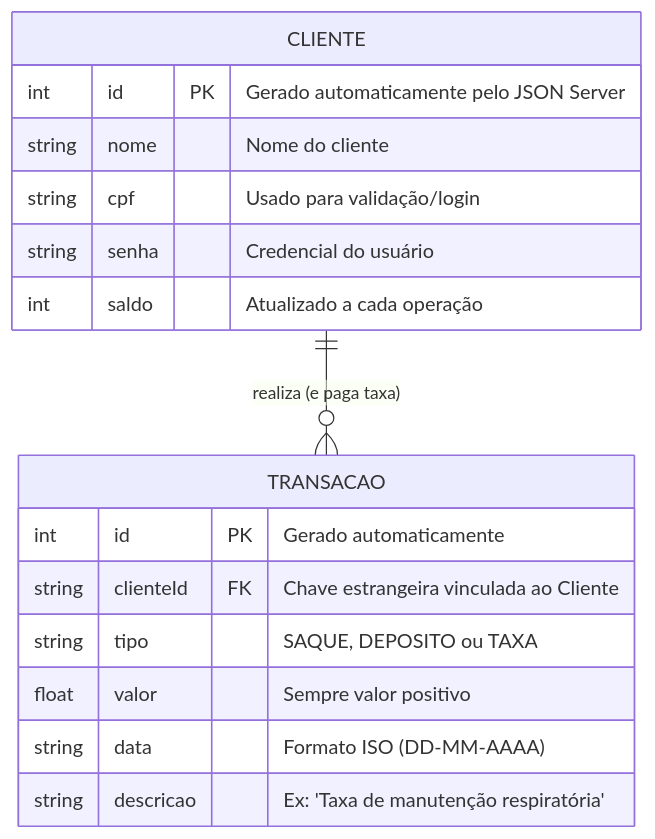
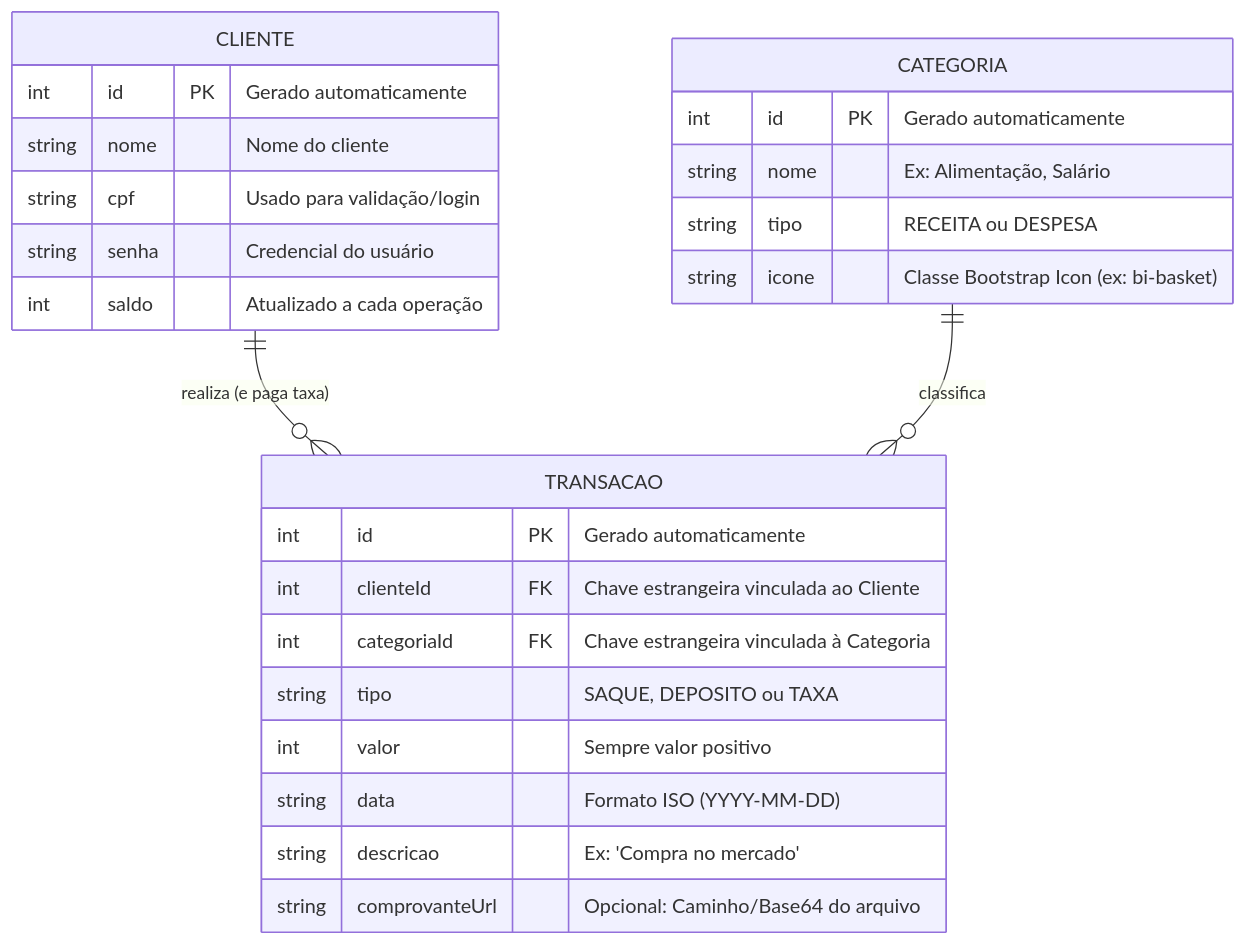
One commit to flpiensen/sobrou-quanto changed the second of 2 diagrams in docs/architecture.md. Above: the diagram before and after it, drawn with Mermaid. The commit also changed other lines of this file, not shown here.

First line of the commit message:
Enhance architecture documentation with SPA and categories

````diff
--- a/docs/architecture.md
+++ b/docs/architecture.md
@@ -28,19 +35,31 @@
 ```mermaid
 erDiagram
     CLIENTE ||--o{ TRANSACAO : "realiza (e paga taxa)"
+    CATEGORIA ||--o{ TRANSACAO : "classifica"
+
     CLIENTE {
-        int id PK "Gerado automaticamente pelo JSON Server"
+        int id PK "Gerado automaticamente"
         string nome "Nome do cliente"
         string cpf "Usado para validação/login"
         string senha "Credencial do usuário"
         int saldo "Atualizado a cada operação"
     }
+
+    CATEGORIA {
+        int id PK "Gerado automaticamente"
+        string nome "Ex: Alimentação, Salário"
+        string tipo "RECEITA ou DESPESA"
+        string icone "Classe Bootstrap Icon (ex: bi-basket)"
+    }
+
     TRANSACAO {
         int id PK "Gerado automaticamente"
-        string clienteId FK "Chave estrangeira vinculada ao Cliente"
+        int clienteId FK "Chave estrangeira vinculada ao Cliente"
+        int categoriaId FK "Chave estrangeira vinculada à Categoria"
         string tipo "SAQUE, DEPOSITO ou TAXA"
-        float valor "Sempre valor positivo"
-        string data "Formato ISO (DD-MM-AAAA)"
-        string descricao "Ex: 'Taxa de manutenção respiratória'"
+        int valor "Sempre valor positivo"
+        string data "Formato ISO (YYYY-MM-DD)"
+        string descricao "Ex: 'Compra no mercado'"
+        string comprovanteUrl "Opcional: Caminho/Base64 do arquivo"
     }
 ```
````
